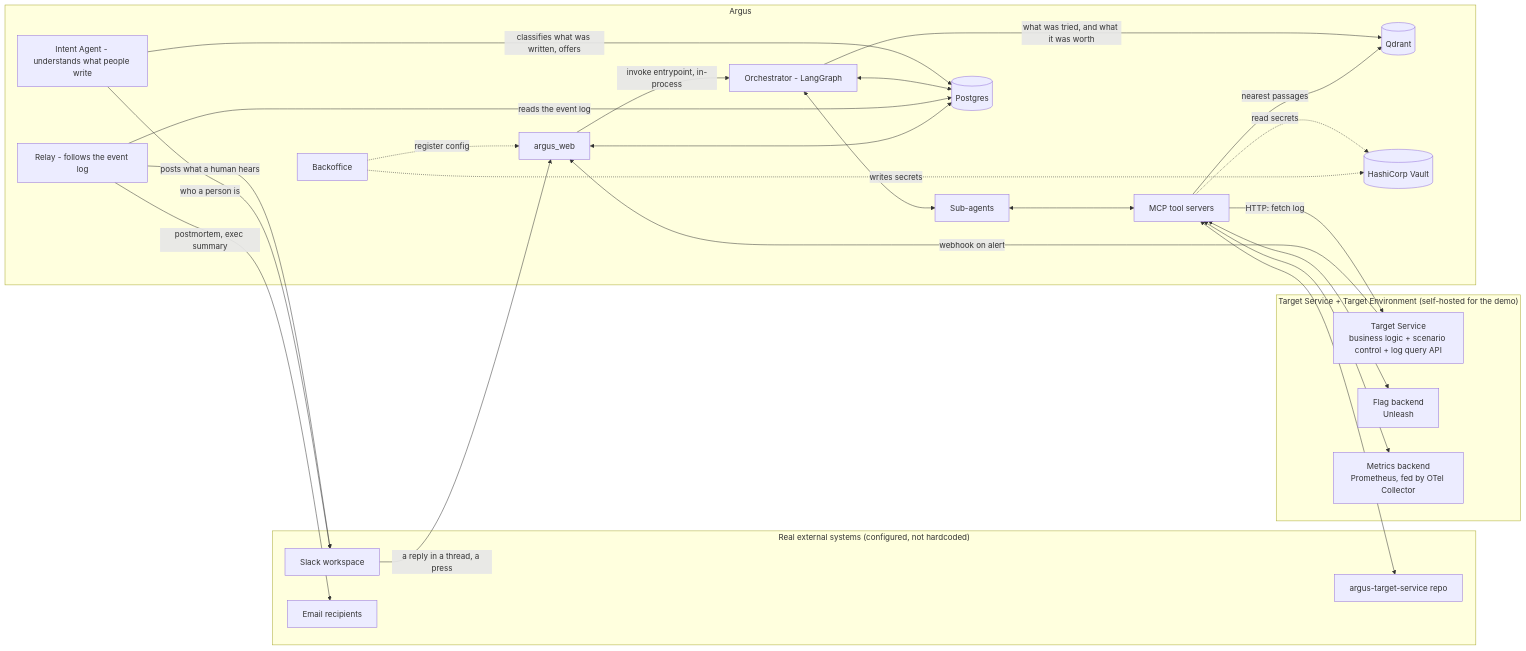
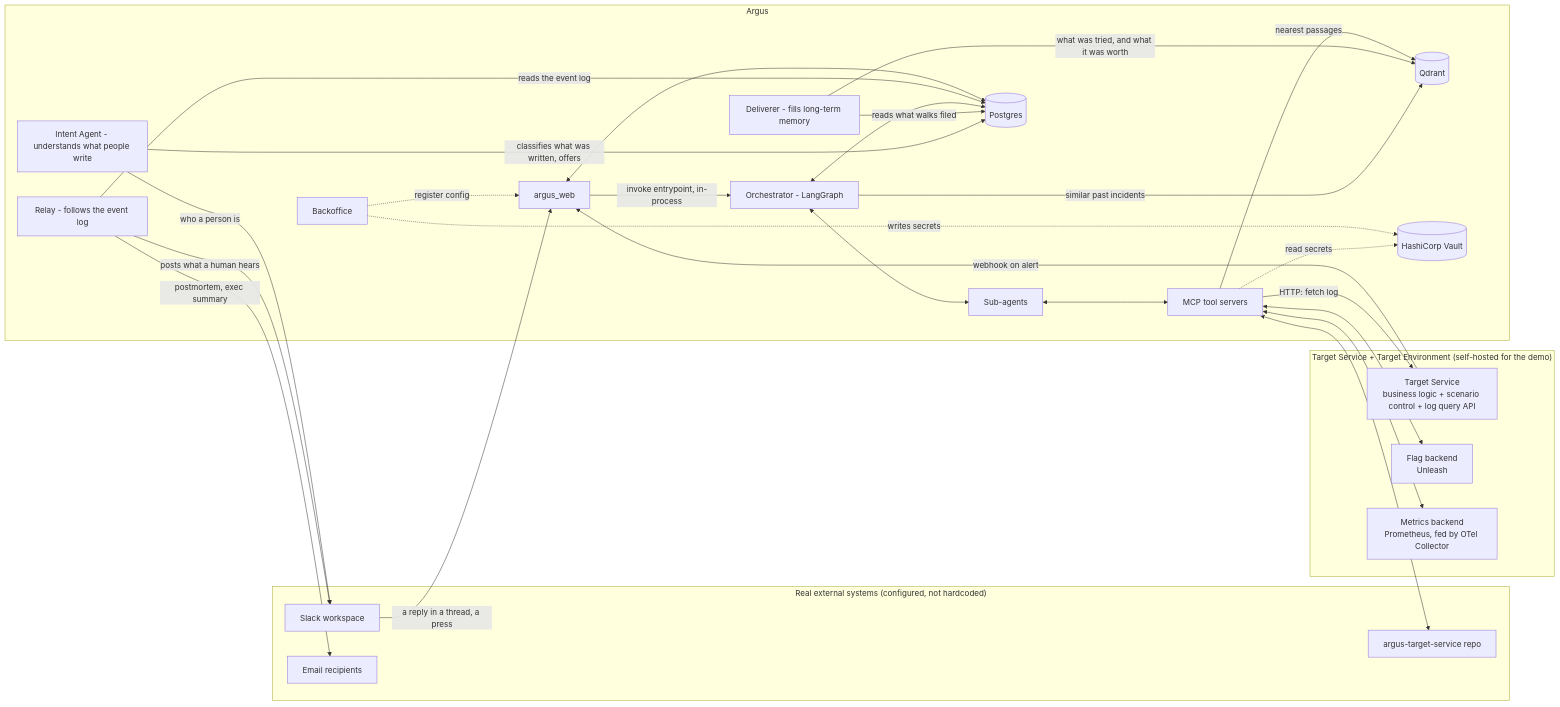
Before and after one commit to ohadraz/Argus: the first of 6 diagrams in docs/spec-and-architecture.md, drawn with Mermaid. The commit also changed other lines of this file and 39 other files, not shown here.

Commit message:
A walk files what it tried as a row the fence guards, and a deliverer of its own carries filed records into incident memory

````diff
--- a/docs/spec-and-architecture.md
+++ b/docs/spec-and-architecture.md
@@ -74,49 +74,52 @@
 ```mermaid
 flowchart LR
     subgraph Real["Real external systems (configured, not hardcoded)"]
         SLK[Slack workspace]
         MAIL[Email recipients]
         GH[argus-target-service repo]
     end
 
     subgraph TargetEnv["Target Service + Target Environment (self-hosted for the demo)"]
         TS[Target Service<br/>business logic + scenario control + log query API]
         FLAGS[Flag backend<br/>Unleash]
         METRICS[Metrics backend<br/>Prometheus, fed by OTel Collector]
     end
 
     subgraph Argus["Argus"]
         WEB[argus_web]
         ORCH[Orchestrator - LangGraph]
         AGENTS[Sub-agents]
         MCPS[MCP tool servers]
         RELAY[Relay - follows the event log]
         INTENT[Intent Agent - understands what people write]
+        MEMORY[Deliverer - fills long-term memory]
         PG[(Postgres)]
         QDRANT[(Qdrant)]
         VAULT[(HashiCorp Vault)]
         BO[Backoffice]
     end
 
     TS -->|webhook on alert| WEB
     WEB -->|invoke entrypoint, in-process| ORCH
     ORCH <--> AGENTS
     AGENTS <--> MCPS
     MCPS -->|HTTP: fetch log| TS
     MCPS <--> FLAGS
     MCPS <--> METRICS
     MCPS <--> GH
     SLK -->|a reply in a thread, a press| WEB
     RELAY -->|posts what a human hears| SLK
     INTENT -->|classifies what was written, offers| PG
     INTENT -->|who a person is| SLK
     RELAY -->|postmortem, exec summary| MAIL
-    ORCH -->|what was tried, and what it was worth| QDRANT
+    ORCH -->|similar past incidents| QDRANT
+    MEMORY -->|what was tried, and what it was worth| QDRANT
+    MEMORY -->|reads what walks filed| PG
     MCPS -->|nearest passages| QDRANT
     ORCH <--> PG
     RELAY -->|reads the event log| PG
     MCPS -.->|read secrets| VAULT
     WEB <--> PG
     BO -.->|register config| WEB
     BO -.->|writes secrets| VAULT
 ```
````
